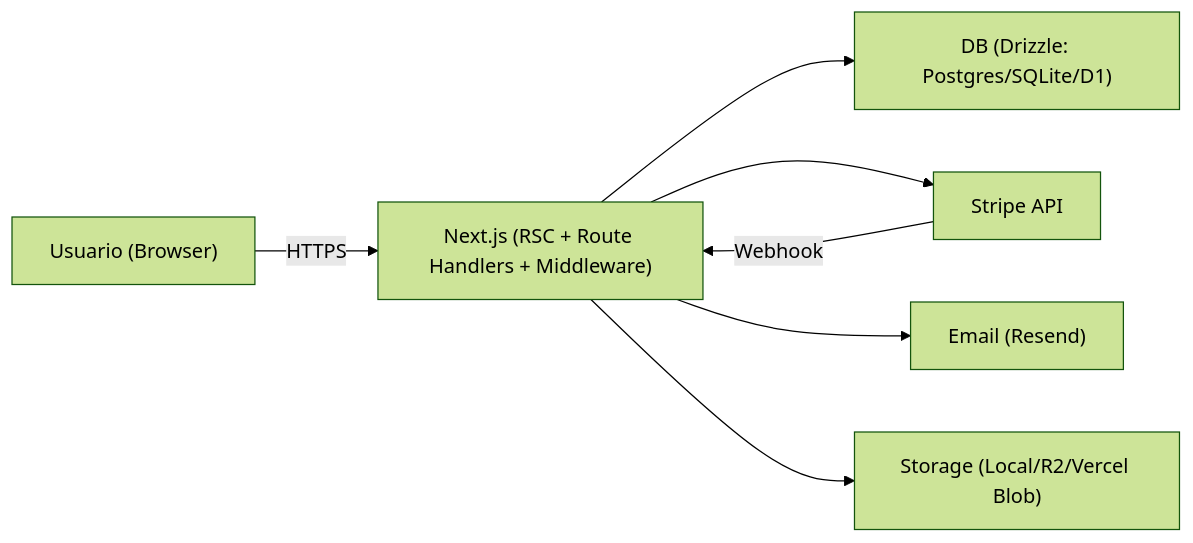
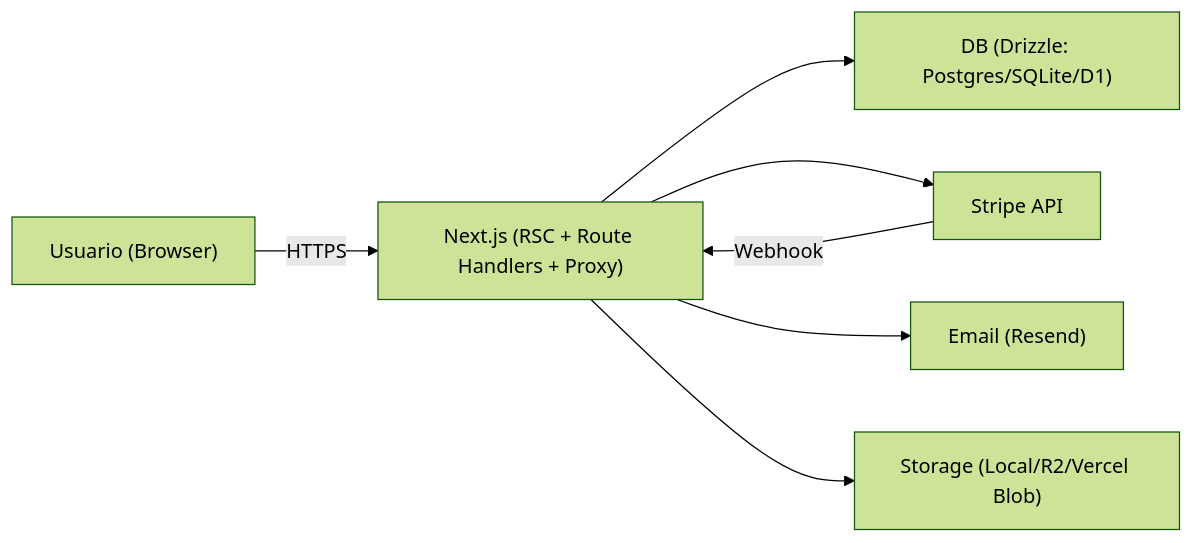
The diagram in relatorio_seguranca.pt-br.md (mneves75/ai-guiademilhas-roteiro-inteligente), drawn with Mermaid (forest theme) before and after one commit. The commit also changed other lines of this file and 155 other files, not shown here.

````diff
--- a/relatorio_seguranca.pt-br.md
+++ b/relatorio_seguranca.pt-br.md
@@ -45,9 +53,9 @@
 ```mermaid
 flowchart LR
-  U["Usuario (Browser)"] -->|HTTPS| N["Next.js (RSC + Route Handlers + Middleware)"]
+  U["Usuario (Browser)"] -->|HTTPS| N["Next.js (RSC + Route Handlers + Proxy)"]
   N --> DB["DB (Drizzle: Postgres/SQLite/D1)"]
   N --> S["Stripe API"]
   N --> E["Email (Resend)"]
   N --> ST["Storage (Local/R2/Vercel Blob)"]
   S -->|Webhook| N
 ```
````
